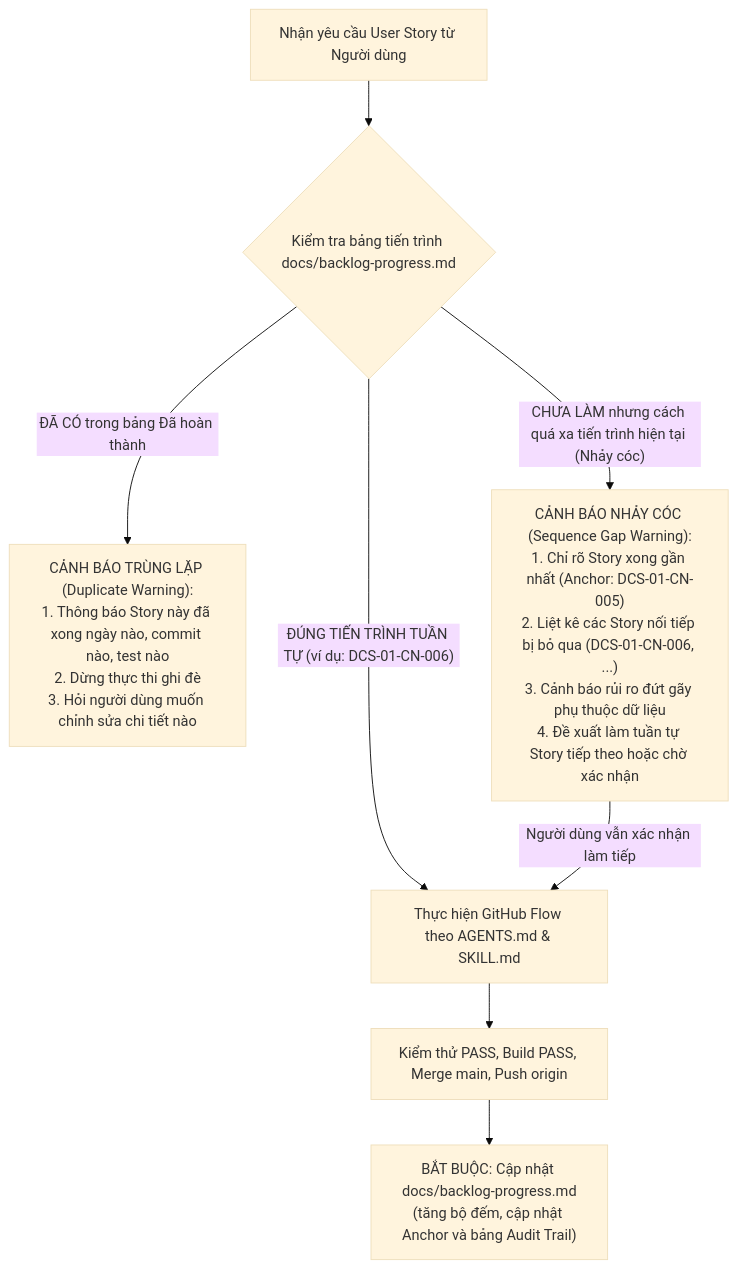
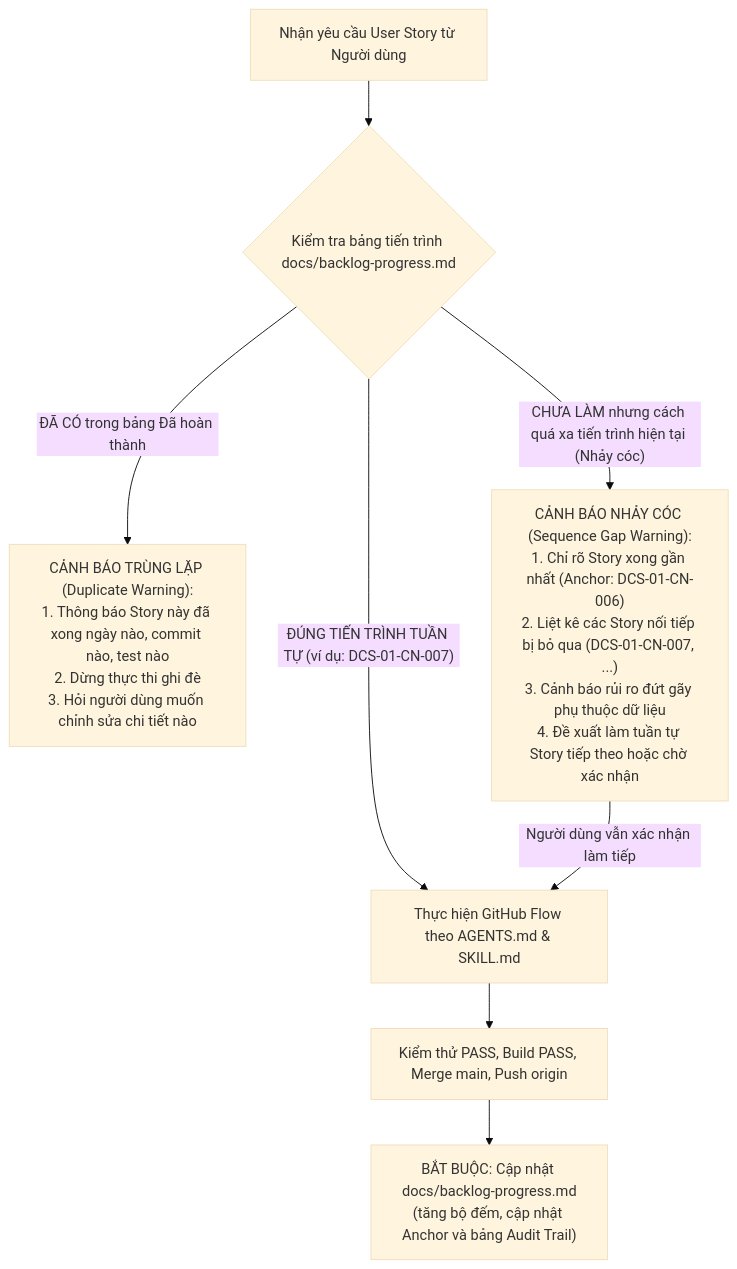
Before and after one commit to hienvanla5/dia_chinh_so: the diagram in docs/backlog-progress.md, drawn with Mermaid (base theme). The commit also changed other lines of this file and 1 other file, not shown here.

Commit message:
docs(api): document officer lifecycle endpoints and update progress for DCS-01-CN-006

````diff
--- a/docs/backlog-progress.md
+++ b/docs/backlog-progress.md
@@ -111,14 +135,14 @@
 ```mermaid
 flowchart TD
     Req["Nhận yêu cầu User Story từ Người dùng"] --> CheckTable{"Kiểm tra bảng tiến trình docs/backlog-progress.md"}
     
     CheckTable -- "ĐÃ CÓ trong bảng Đã hoàn thành" --> WarnDup["CẢNH BÁO TRÙNG LẶP (Duplicate Warning):<br>1. Thông báo Story này đã xong ngày nào, commit nào, test nào<br>2. Dừng thực thi ghi đè<br>3. Hỏi người dùng muốn chỉnh sửa chi tiết nào"]
     
-    CheckTable -- "CHƯA LÀM nhưng cách quá xa tiến trình hiện tại (Nhảy cóc)" --> WarnGap["CẢNH BÁO NHẢY CÓC (Sequence Gap Warning):<br>1. Chỉ rõ Story xong gần nhất (Anchor: DCS-01-CN-005)<br>2. Liệt kê các Story nối tiếp bị bỏ qua (DCS-01-CN-006, ...)<br>3. Cảnh báo rủi ro đứt gãy phụ thuộc dữ liệu<br>4. Đề xuất làm tuần tự Story tiếp theo hoặc chờ xác nhận"]
+    CheckTable -- "CHƯA LÀM nhưng cách quá xa tiến trình hiện tại (Nhảy cóc)" --> WarnGap["CẢNH BÁO NHẢY CÓC (Sequence Gap Warning):<br>1. Chỉ rõ Story xong gần nhất (Anchor: DCS-01-CN-006)<br>2. Liệt kê các Story nối tiếp bị bỏ qua (DCS-01-CN-007, ...)<br>3. Cảnh báo rủi ro đứt gãy phụ thuộc dữ liệu<br>4. Đề xuất làm tuần tự Story tiếp theo hoặc chờ xác nhận"]
     
-    CheckTable -- "ĐÚNG TIẾN TRÌNH TUẦN TỰ (ví dụ: DCS-01-CN-006)" --> RunStory["Thực hiện GitHub Flow theo AGENTS.md & SKILL.md"]
+    CheckTable -- "ĐÚNG TIẾN TRÌNH TUẦN TỰ (ví dụ: DCS-01-CN-007)" --> RunStory["Thực hiện GitHub Flow theo AGENTS.md & SKILL.md"]
     WarnGap -- "Người dùng vẫn xác nhận làm tiếp" --> RunStory
     
     RunStory --> Done["Kiểm thử PASS, Build PASS, Merge main, Push origin"]
     Done --> UpdateLog["BẮT BUỘC: Cập nhật docs/backlog-progress.md<br>(tăng bộ đếm, cập nhật Anchor và bảng Audit Trail)"]
 ```
````
